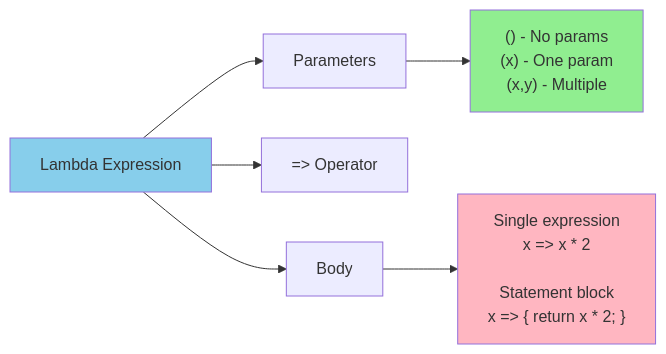
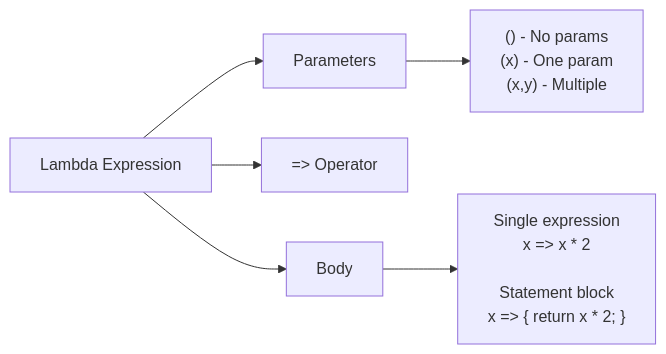
One commit to NguyenPhamCode4You/ai-home-lab-docker-compose changed the ninth of 10 diagrams in C# fundamentals/day03-delegates-events.md. Above: the diagram before and after it, drawn with Mermaid. The commit also changed other lines of this file, not shown here.

````diff
--- a/C# fundamentals/day03-delegates-events.md
+++ b/C# fundamentals/day03-delegates-events.md
@@ -814,13 +780,9 @@
 ```mermaid
 graph LR
     A[Lambda Expression] --> B[Parameters]
     A --> C[=> Operator]
     A --> D[Body]
 
     B --> B1["() - No params<br/>(x) - One param<br/>(x,y) - Multiple"]
     D --> D1["Single expression<br/>x => x * 2<br/><br/>Statement block<br/>x => { return x * 2; }"]
-
-    style A fill:#87CEEB
-    style B1 fill:#90EE90
-    style D1 fill:#FFB6C1
 ```
````
